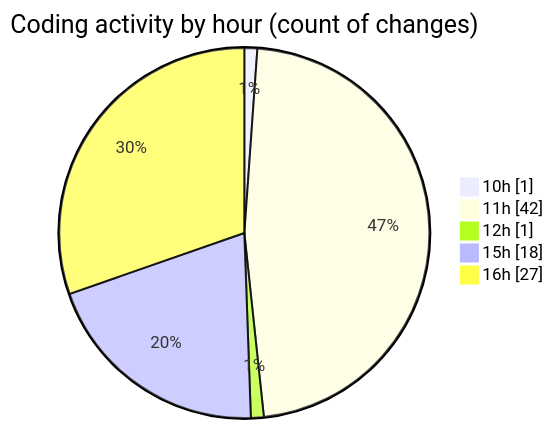
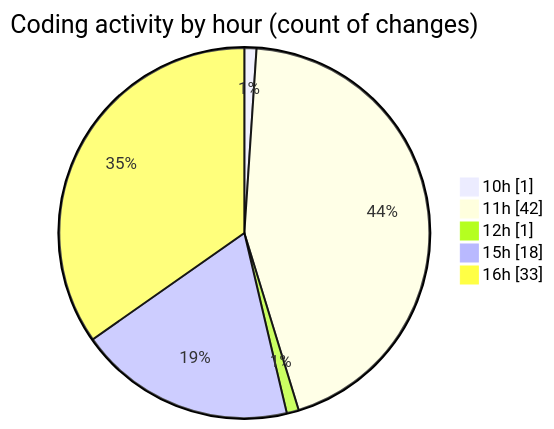
One commit to nxtqubesakshisongat/code-tracking changed the second of 2 diagrams in 2025-06-25/nxtqube_webapp/README.md. Above: the diagram before and after it, drawn with Mermaid. The commit also changed other lines of this file and 1 other file, not shown here.

````diff
--- a/2025-06-25/nxtqube_webapp/README.md
+++ b/2025-06-25/nxtqube_webapp/README.md
@@ -33,9 +33,9 @@
 ```mermaid
 pie showData
 title Coding activity by hour (count of changes)
 "10h" : 1
 "11h" : 42
 "12h" : 1
 "15h" : 18
-"16h" : 27
+"16h" : 33
 ```
````
